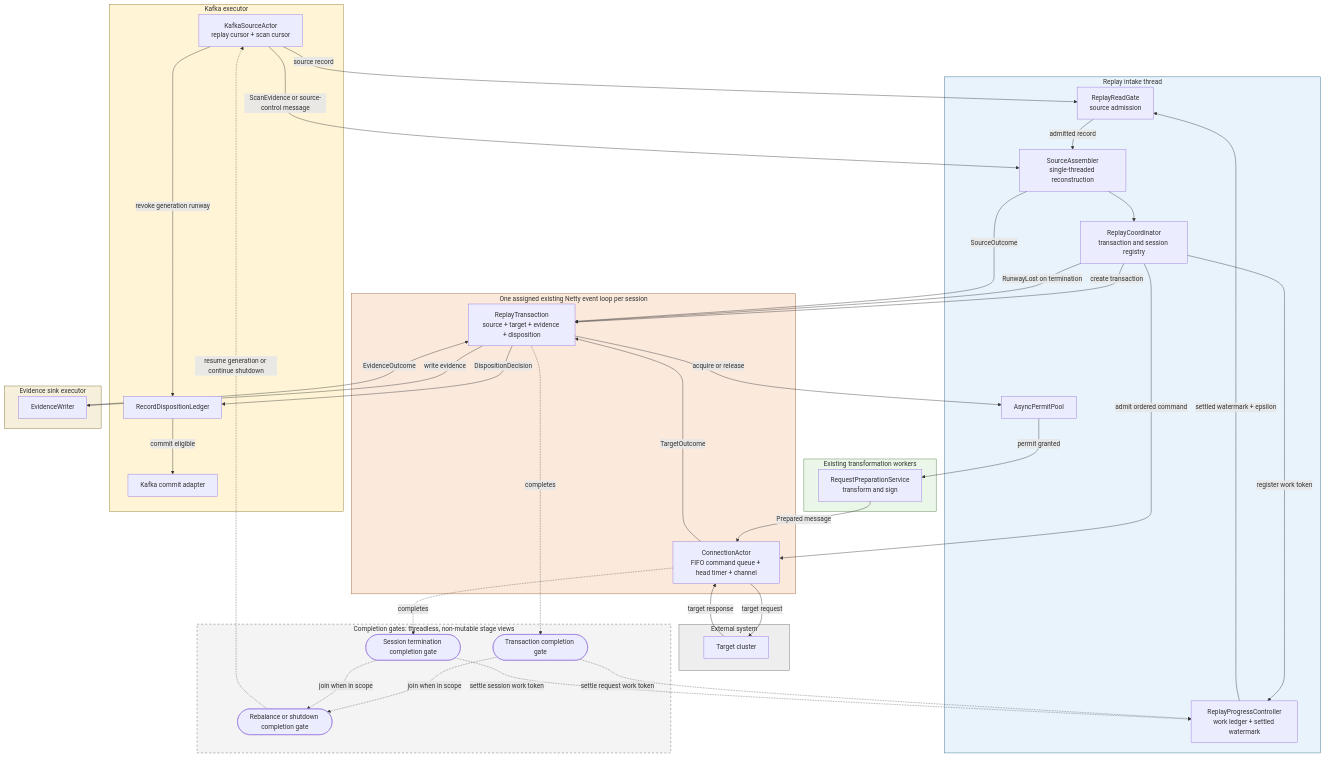
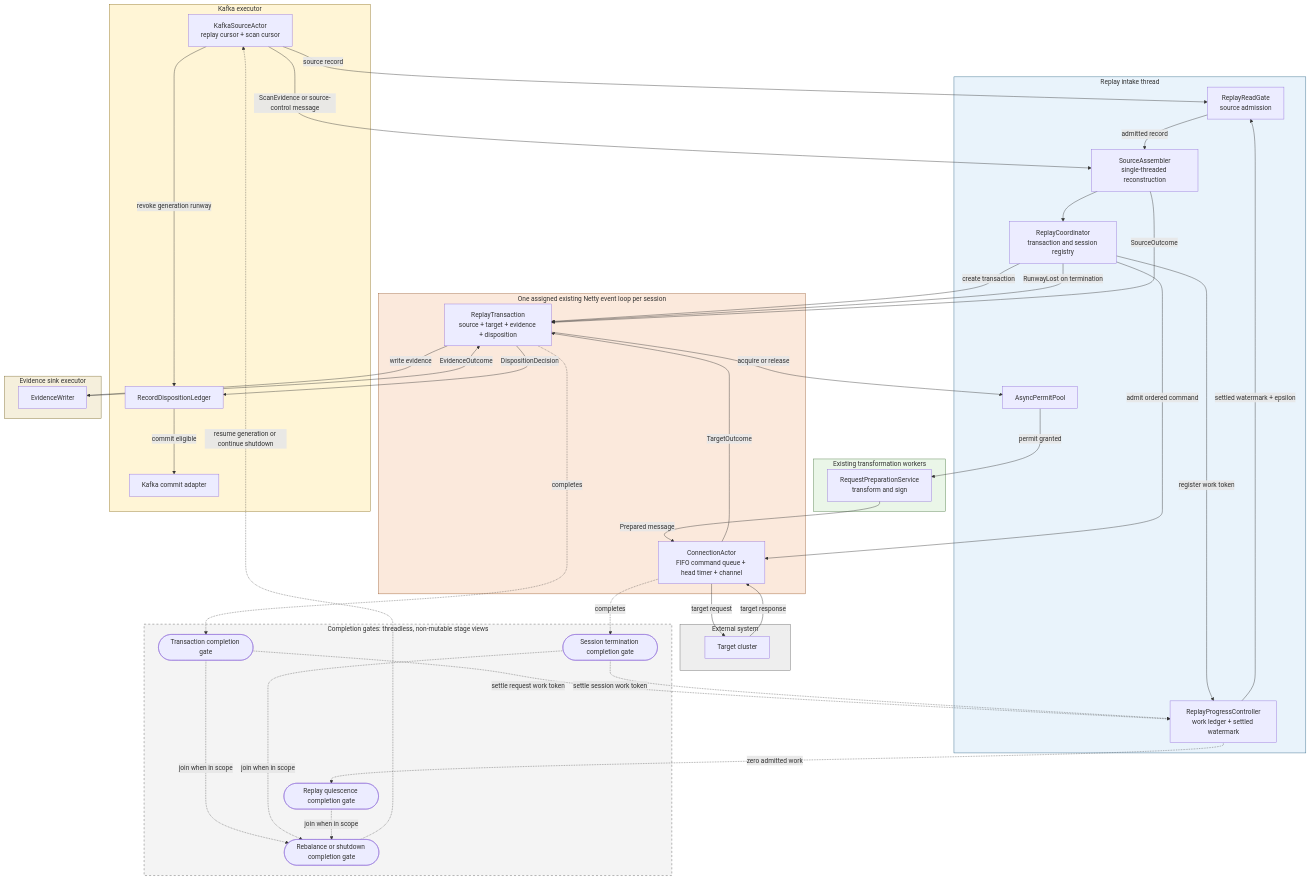
One commit to opensearch-project/opensearch-migrations changed the first of 2 diagrams in docs/replayerHardenedArchitectureDesign.md. Above: the diagram before and after it, drawn with Mermaid. The commit also changed other lines of this file and 7 other files, not shown here.

Commit message:
Wait for replay quiescence instead of polling

````diff
--- a/docs/replayerHardenedArchitectureDesign.md
+++ b/docs/replayerHardenedArchitectureDesign.md
@@ -489,77 +494,80 @@
 ```mermaid
 flowchart TD
     subgraph KAFKA_EXECUTOR["Kafka executor"]
         KAFKA["KafkaSourceActor<br/>replay cursor + scan cursor"]
         LEDGER["RecordDispositionLedger"]
         COMMIT["Kafka commit adapter"]
     end
 
     subgraph INTAKE_THREAD["Replay intake thread"]
         READ_GATE["ReplayReadGate<br/>source admission"]
         PROGRESS["ReplayProgressController<br/>work ledger + settled watermark"]
         ASSEMBLER["SourceAssembler<br/>single-threaded reconstruction"]
         COORDINATOR["ReplayCoordinator<br/>transaction and session registry"]
         PERMITS["AsyncPermitPool"]
     end
 
     subgraph TRANSFORM_WORKERS["Existing transformation workers"]
         PREP["RequestPreparationService<br/>transform and sign"]
     end
 
     subgraph NETTY_EVENT_LOOP["One assigned existing Netty event loop per session"]
         ACTOR["ConnectionActor<br/>FIFO command queue + head timer + channel"]
         TXN["ReplayTransaction<br/>source + target + evidence + disposition"]
     end
 
     subgraph EVIDENCE_EXECUTOR["Evidence sink executor"]
         EVIDENCE["EvidenceWriter"]
     end
 
     subgraph EXTERNAL_SYSTEM["External system"]
         TARGET["Target cluster"]
     end
 
     subgraph COMPLETION_GATES["Completion gates: threadless, non-mutable stage views"]
         TXN_GATE(["Transaction completion gate"])
         SESSION_GATE(["Session termination completion gate"])
+        DRAIN_GATE(["Replay quiescence completion gate"])
         LIFECYCLE_GATE(["Rebalance or shutdown completion gate"])
     end
 
     KAFKA -->|"source record"| READ_GATE
     KAFKA -->|"ScanEvidence or source-control message"| ASSEMBLER
     KAFKA -->|"revoke generation runway"| LEDGER
     READ_GATE -->|"admitted record"| ASSEMBLER
     ASSEMBLER --> COORDINATOR
     COORDINATOR -->|"create transaction"| TXN
     COORDINATOR -->|"admit ordered command"| ACTOR
     COORDINATOR -->|"RunwayLost on termination"| TXN
     COORDINATOR -->|"register work token"| PROGRESS
     TXN -->|"acquire or release"| PERMITS
     PERMITS -->|"permit granted"| PREP
     PREP -->|"Prepared message"| ACTOR
     ACTOR -->|"target request"| TARGET
     TARGET -->|"target response"| ACTOR
     ACTOR -->|"TargetOutcome"| TXN
     ASSEMBLER -->|"SourceOutcome"| TXN
     TXN -->|"write evidence"| EVIDENCE
     EVIDENCE -->|"EvidenceOutcome"| TXN
     TXN -->|"DispositionDecision"| LEDGER
     LEDGER -->|"commit eligible"| COMMIT
     PROGRESS -->|"settled watermark + epsilon"| READ_GATE
 
     TXN -.->|"completes"| TXN_GATE
     ACTOR -.->|"completes"| SESSION_GATE
     TXN_GATE -.->|"settle request work token"| PROGRESS
     SESSION_GATE -.->|"settle session work token"| PROGRESS
+    PROGRESS -.->|"zero admitted work"| DRAIN_GATE
     TXN_GATE -.->|"join when in scope"| LIFECYCLE_GATE
     SESSION_GATE -.->|"join when in scope"| LIFECYCLE_GATE
+    DRAIN_GATE -.->|"join when in scope"| LIFECYCLE_GATE
     LIFECYCLE_GATE -.->|"resume generation or continue shutdown"| KAFKA
 
     style KAFKA_EXECUTOR fill:#fff5d6,stroke:#8a6d1d
     style INTAKE_THREAD fill:#e9f3fb,stroke:#2f6687
     style TRANSFORM_WORKERS fill:#eaf6e8,stroke:#4f7a46
     style NETTY_EVENT_LOOP fill:#fbe9dc,stroke:#9a5a2e
     style EVIDENCE_EXECUTOR fill:#f5efdc,stroke:#7d6c32
     style EXTERNAL_SYSTEM fill:#eeeeee,stroke:#666666
     style COMPLETION_GATES fill:#f4f4f4,stroke:#555555,stroke-dasharray:5 5
 ```
````
